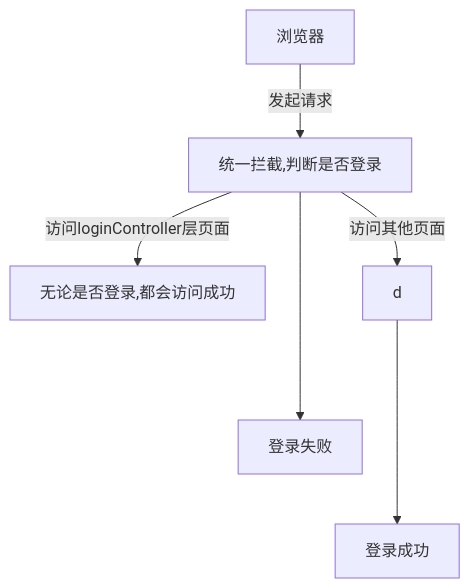
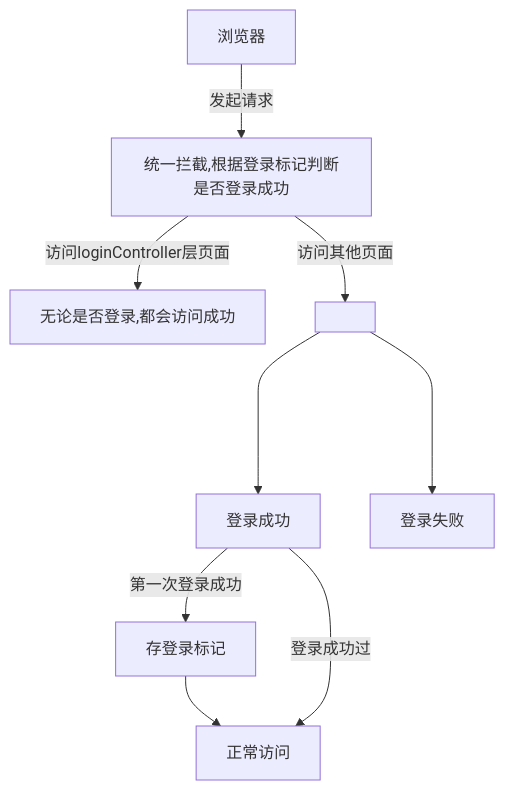
One commit to poppop9/obsidian changed the diagram in 计算机/JavaWeb/后端/SpringBoot/4 登录认证.md. Above: the diagram before and after it, drawn with Mermaid.

Commit message:
vault backup: 2023-11-30 18:50:50

````diff
--- a/计算机/JavaWeb/后端/SpringBoot/4 登录认证.md
+++ b/计算机/JavaWeb/后端/SpringBoot/4 登录认证.md
@@ -7,13 +7,17 @@
 ```mermaid
 graph TB
-	a[浏览器]--发起请求-->b[统一拦截,判断是否登录]
+	a[浏览器]--发起请求-->b[统一拦截,根据登录标记判断是否登录成功]
 	b--访问loginController层页面-->c[无论是否登录,都会访问成功]
 	
-	b--访问其他页面-->d
+	b--访问其他页面-->d[ ]
 	d---->f[登录成功]
-	b---->e[登录失败]
+	f--第一次登录成功-->g[存登录标记]-->h[正常访问]
+	f--登录成功过-->h
+
+	d---->e[登录失败]
+	
 
 	
 
 
 ```
````
